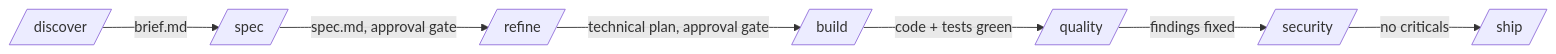
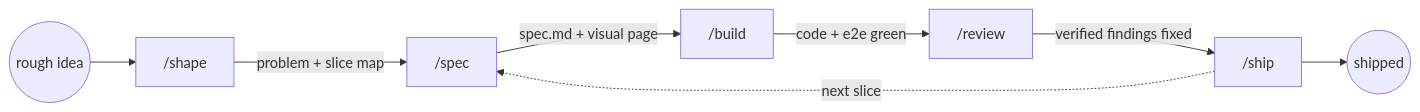
One commit to dzaffren/claude-plugin changed the first of 2 diagrams in README.md. Above: the diagram before and after it, drawn with Mermaid. The commit also changed other lines of this file and 55 other files, not shown here.

````diff
--- a/README.md
+++ b/README.md
@@ -11,9 +9,10 @@
 ```mermaid
 flowchart LR
-    D[/discover/] -- brief.md --> S[/spec/]
-    S -- spec.md, approval gate --> R[/refine/]
-    R -- technical plan, approval gate --> B[/build/]
-    B -- code + tests green --> Q[/quality/]
-    Q -- findings fixed --> X[/security/]
-    X -- no criticals --> P[/ship/]
+    I((rough idea)) --> SH["/shape"]
+    SH -- "problem + slice map" --> SP["/spec"]
+    SP -- "spec.md + visual page" --> B["/build"]
+    B -- "code + e2e green" --> R["/review"]
+    R -- "verified findings fixed" --> S["/ship"]
+    S --> P((shipped))
+    S -. "next slice" .-> SP
 ```
````
